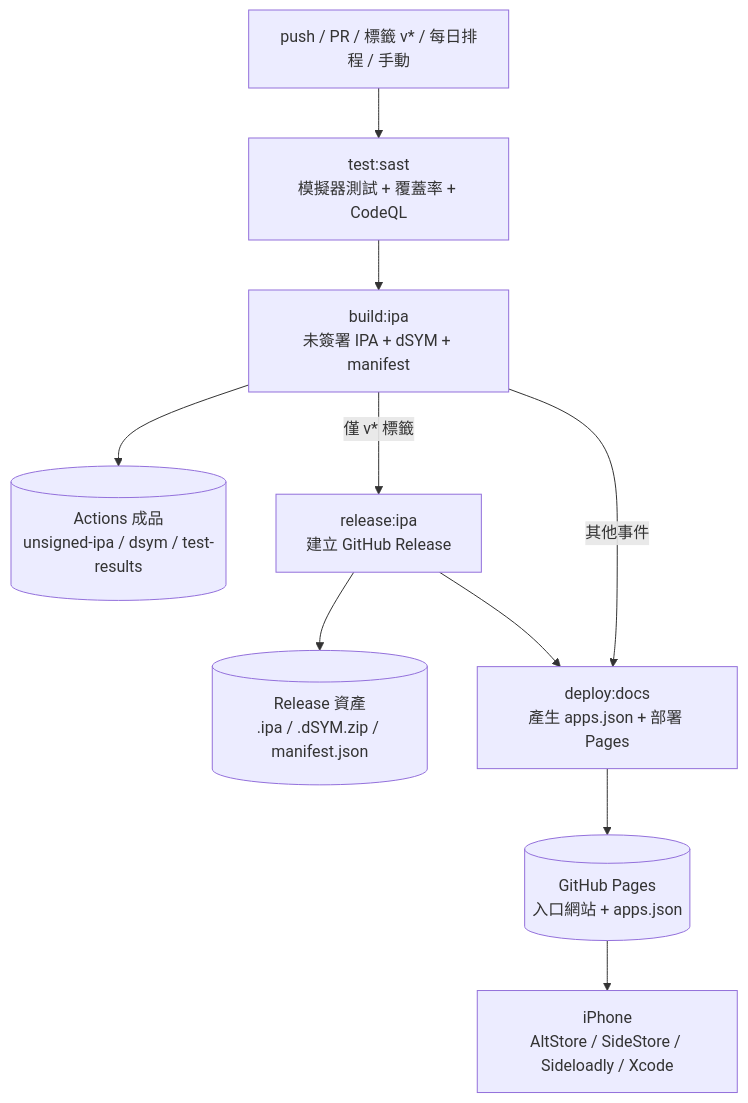
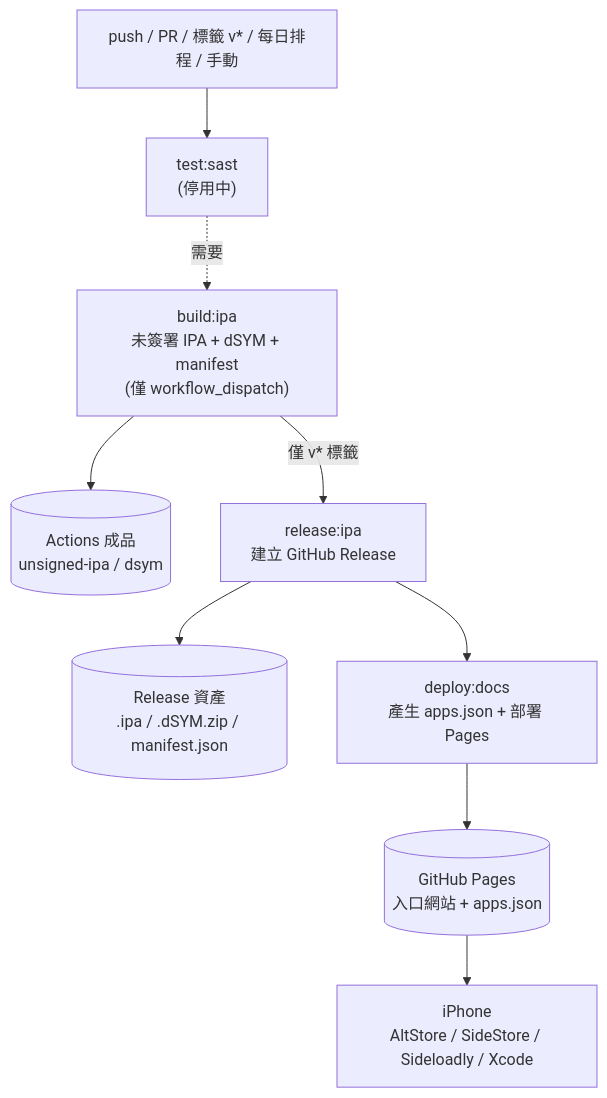
One commit to Mcc-Mak/ios-app changed the second of 2 diagrams in README.md. Above: the diagram before and after it, drawn with Mermaid. The commit also changed other lines of this file and 37 other files, not shown here.

````diff
--- a/README.md
+++ b/README.md
@@ -30,12 +71,11 @@
 ```mermaid
 flowchart TD
-  ev["push / PR / 標籤 v* / 每日排程 / 手動"] --> test["test:sast<br/>模擬器測試 + 覆蓋率 + CodeQL"]
-  test --> build["build:ipa<br/>未簽署 IPA + dSYM + manifest"]
-  build --> art[("Actions 成品<br/>unsigned-ipa / dsym / test-results")]
+  ev["push / PR / 標籤 v* / 每日排程 / 手動"] --> test["test:sast<br/>(停用中)"]
+  test -.需要.-> build["build:ipa<br/>未簽署 IPA + dSYM + manifest<br/>(僅 workflow_dispatch)"]
+  build --> art[("Actions 成品<br/>unsigned-ipa / dsym")]
   build -->|"僅 v* 標籤"| rel["release:ipa<br/>建立 GitHub Release"]
   rel --> ghrel[("Release 資產<br/>.ipa / .dSYM.zip / manifest.json")]
   rel --> deploy["deploy:docs<br/>產生 apps.json + 部署 Pages"]
-  build -->|"其他事件"| deploy
   deploy --> site[("GitHub Pages<br/>入口網站 + apps.json")]
   site --> user["iPhone<br/>AltStore / SideStore / Sideloadly / Xcode"]
 ```
````
